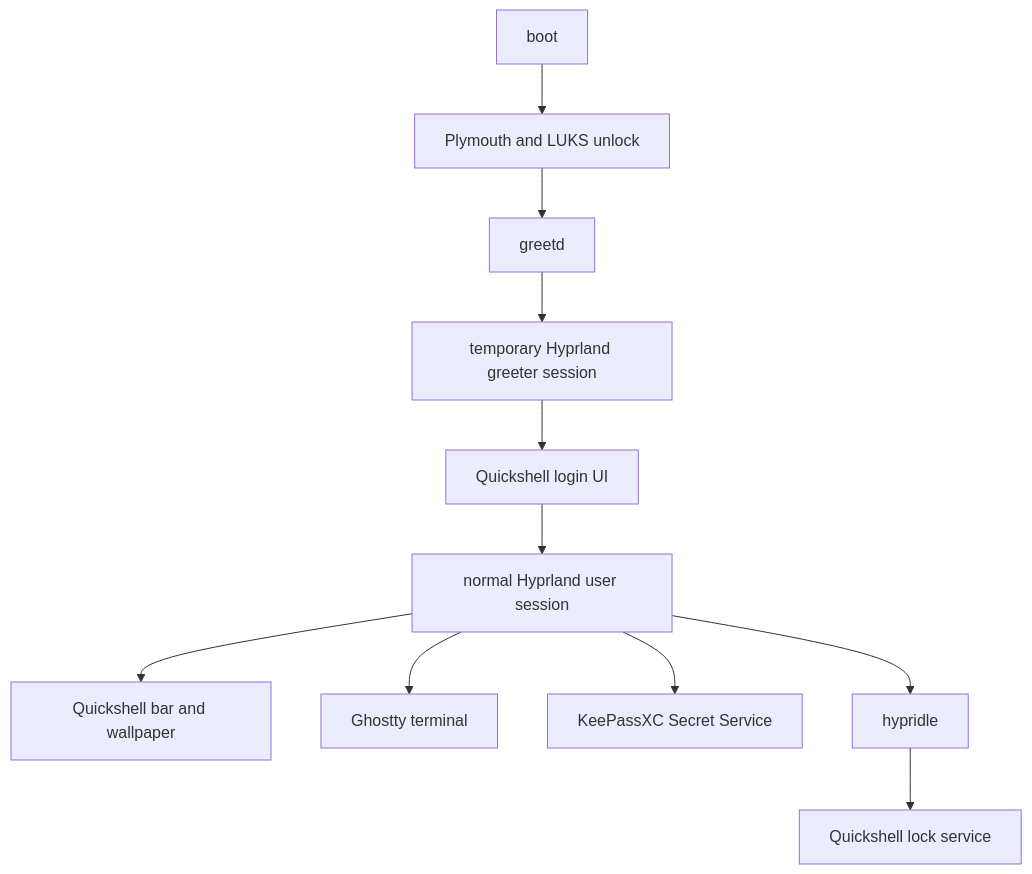
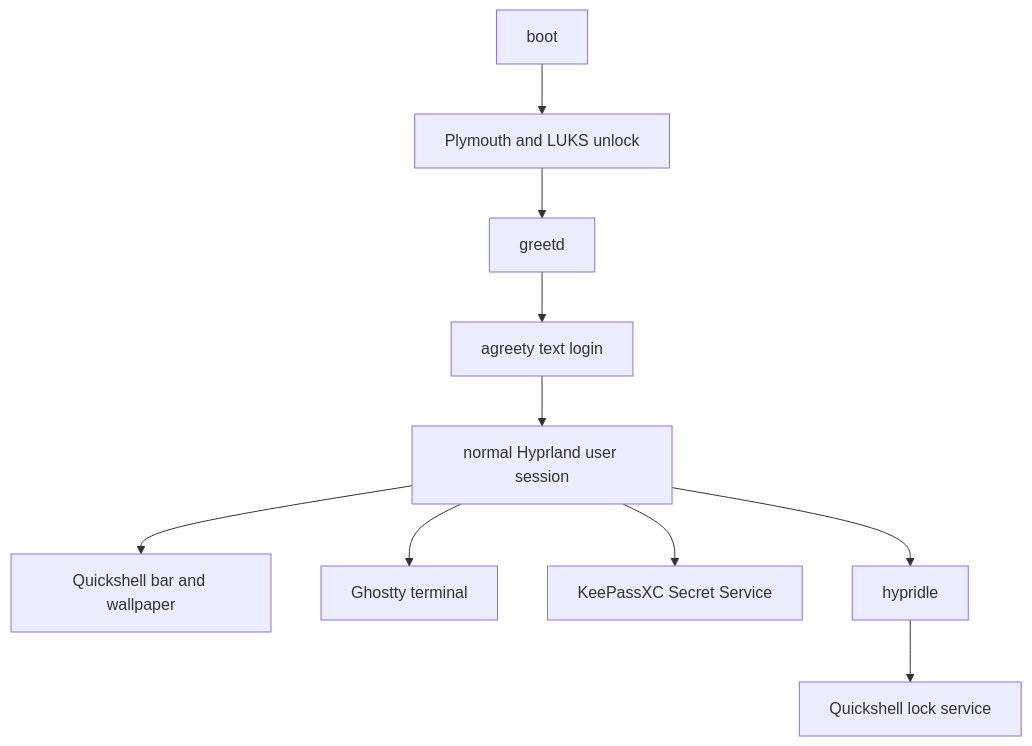
Before and after one commit to igorcamilo/dotfiles: the second of 2 diagrams in docs/architecture.md, drawn with Mermaid. The commit also changed other lines of this file and 3 other files, not shown here.

````diff
--- a/docs/architecture.md
+++ b/docs/architecture.md
@@ -258,12 +258,11 @@
 ```mermaid
 flowchart TD
     boot["boot"] --> unlock["Plymouth and LUKS unlock"]
     unlock --> greetd["greetd"]
-    greetd --> greeter["temporary Hyprland greeter session"]
-    greeter --> loginui["Quickshell login UI"]
-    loginui --> session["normal Hyprland user session"]
+    greetd --> agreety["agreety text login"]
+    agreety --> session["normal Hyprland user session"]
     session --> bar["Quickshell bar and wallpaper"]
     session --> terminal["Ghostty terminal"]
     session --> keepassxc["KeePassXC Secret Service"]
     session --> hypridle["hypridle"] --> lock["Quickshell lock service"]
 ```
````
